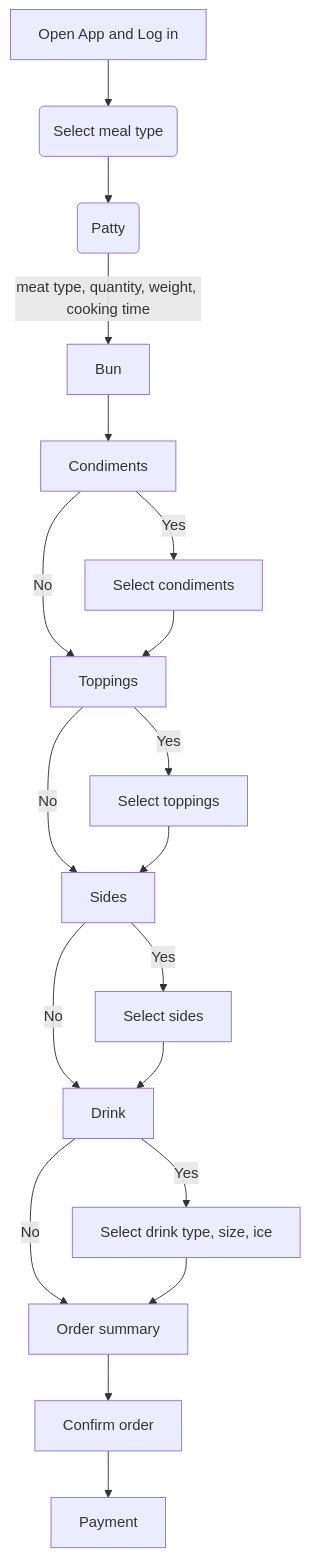
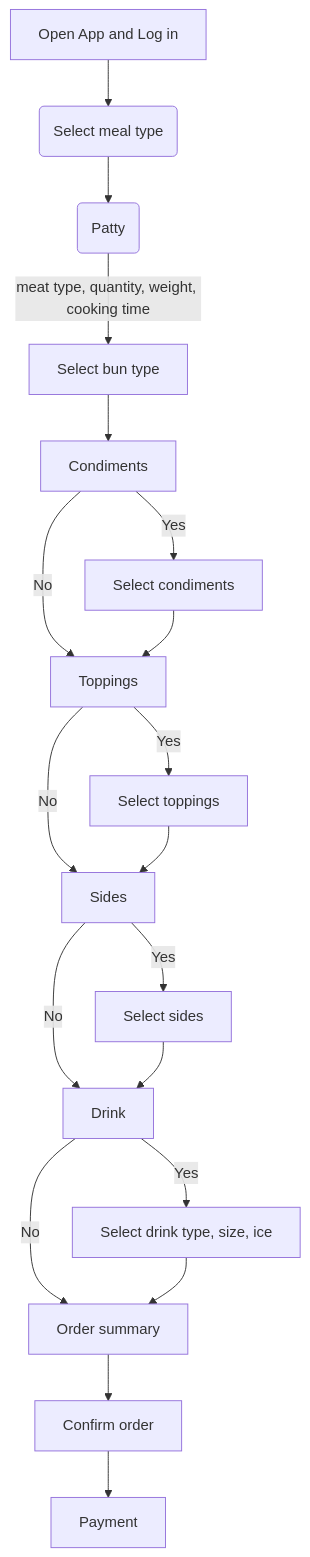
One commit to miriam1986/student-showcase changed the diagram in student-work/miriam-rosenberg/api-final-project/readme.md. Above: the diagram before and after it, drawn with Mermaid.

````diff
--- a/student-work/miriam-rosenberg/api-final-project/readme.md
+++ b/student-work/miriam-rosenberg/api-final-project/readme.md
@@ -13,23 +13,23 @@
 ```mermaid
 
 flowchart TD
  A[Open App and Log in] --> B(Select meal type)
    B --> C(Patty)
-   C -->|meat type, quantity, weight, cooking time| D[Bun]
+   C -->|meat type, quantity, weight, cooking time| D[Select bun type]
    D --> E[Condiments]
    E -->|No| G[Select toppings]
    E -->|Yes| F[Select condiments]
    F --> G[Toppings]
    G -->|No| I[Sides]
    G -->|Yes| H[Select toppings]
    H --> I[Sides]
    I -->|Yes| J[Select sides]
    I -->|No| K[Drink]
   J --> K[Drink]
   K -->|Yes| L[Select drink type, size, ice]
   K -->|No| M[Order summary]
   L --> M[Order summary]
   M --> N[Confirm order]
   N --> O[Payment]
    
 ```
````
